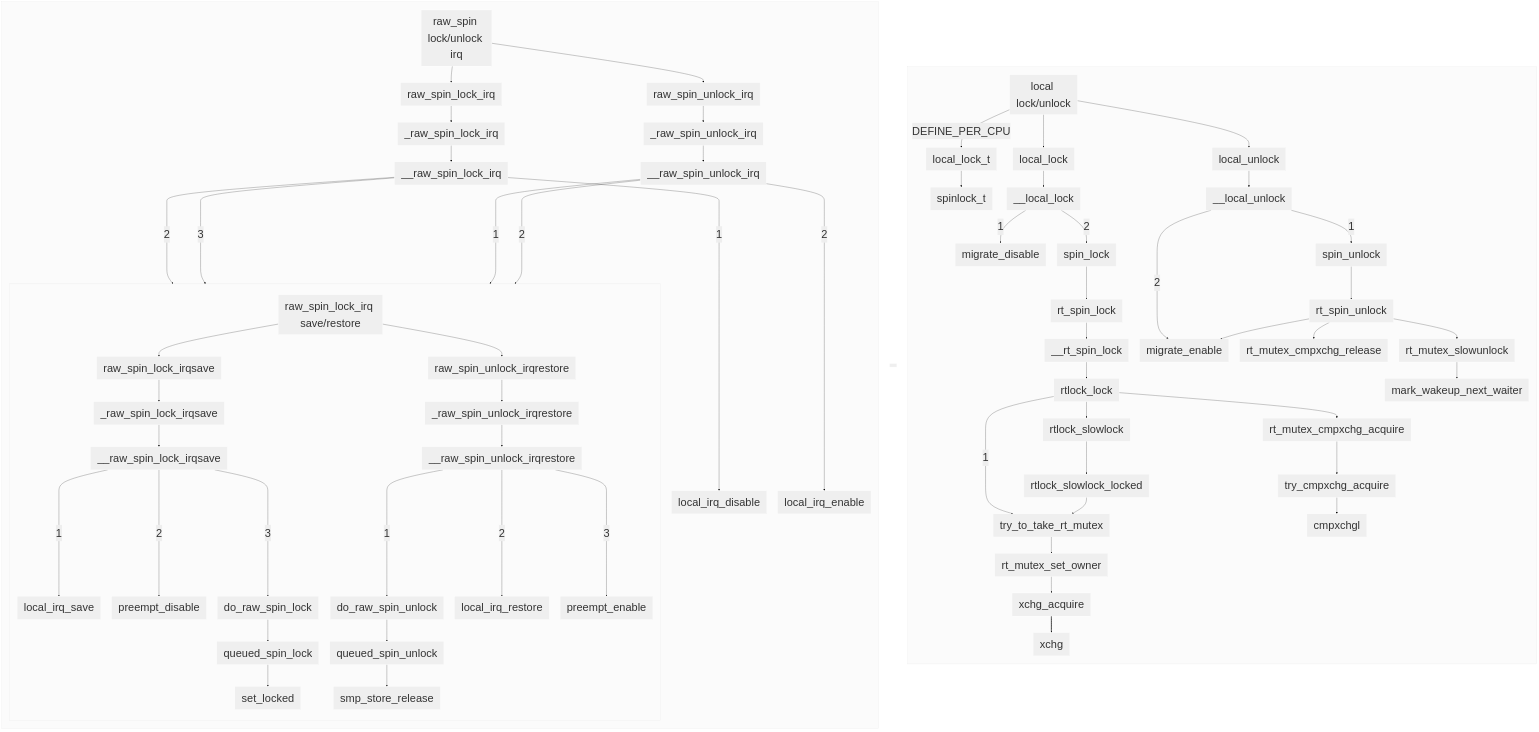
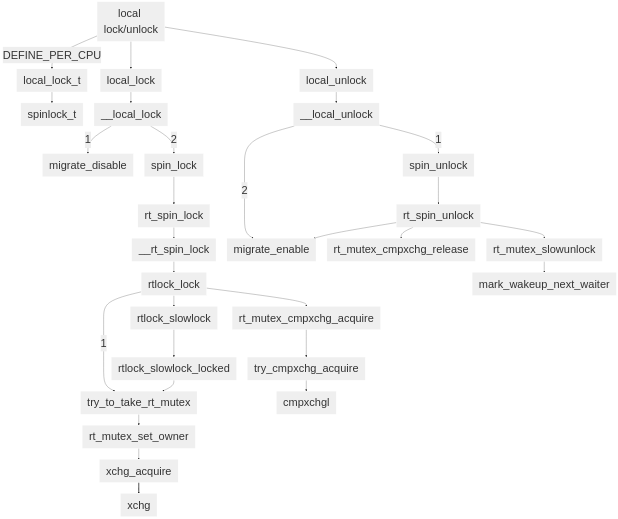
Before and after one commit to makelinux/linux_kernel_map: the first of 2 diagrams in locks.md, drawn with Mermaid. The commit also changed other lines of this file, not shown here.

Commit message:
^locks.md

````diff
--- a/locks.md
+++ b/locks.md
@@ -1,84 +1,35 @@
 ```mermaid
-
 %%{
 	init: {
 		'theme': 'base',
 		'themeVariables': {
         'primaryColor': '#eeee',
         'primaryBorderColor': '#ffff',
 			'fontSize':'50px'
 		}
 	}
 }%%
 graph TB
-subgraph " "
-direction TB
 local["local lock/unlock"]
 local -->|DEFINE_PER_CPU| local_lock_t
 local --> local_lock & local_unlock
 local_lock_t --> spinlock_t
 
 local_lock --> __local_lock -->|1| migrate_disable
 __local_lock -->|2| spin_lock --> rt_spin_lock --> __rt_spin_lock
 -->rtlock_lock
 -->|1| try_to_take_rt_mutex
 
 rtlock_lock --> rt_mutex_cmpxchg_acquire --> try_cmpxchg_acquire --> cmpxchgl
 rtlock_lock --> rtlock_slowlock--> rtlock_slowlock_locked
 
 rtlock_slowlock_locked -->try_to_take_rt_mutex
 -->rt_mutex_set_owner -->xchg_acquire==>xchg
 
 local_unlock --> __local_unlock -->|1| spin_unlock
 __local_unlock -->|2| migrate_enable
 spin_unlock --> rt_spin_unlock
 --> migrate_enable & rt_mutex_cmpxchg_release & rt_mutex_slowunlock
 rt_mutex_slowunlock -->mark_wakeup_next_waiter
-end
-
-subgraph " "
-direction TB
-end
-
-subgraph " "
-direction TB
-raw_spin_irq["raw_spin lock/unlock irq"]
-raw_spin_irq --> raw_spin_lock_irq & raw_spin_unlock_irq
-raw_spin_lock_irq -->_raw_spin_lock_irq
--->__raw_spin_lock_irq
-__raw_spin_lock_irq ------>|1| local_irq_disable
-__raw_spin_lock_irq ------>|2| preempt_disable
-__raw_spin_lock_irq ------>|3| do_raw_spin_lock
-
-raw_spin_unlock_irq --> _raw_spin_unlock_irq --> __raw_spin_unlock_irq
-__raw_spin_unlock_irq ------>|1| do_raw_spin_unlock
-__raw_spin_unlock_irq ------>|2| local_irq_enable
-__raw_spin_unlock_irq ------>|2| preempt_enable
-
-subgraph " "
-direction TB
-sr["raw_spin_lock_irq save/restore"]
-sr--> raw_spin_lock_irqsave & raw_spin_unlock_irqrestore
-raw_spin_lock_irqsave --> _raw_spin_lock_irqsave --> __raw_spin_lock_irqsave
-__raw_spin_lock_irqsave ------>|1| local_irq_save
-__raw_spin_lock_irqsave ------>|2| preempt_disable
-__raw_spin_lock_irqsave ------>|3| do_raw_spin_lock
-
-raw_spin_unlock_irqrestore --> _raw_spin_unlock_irqrestore --> __raw_spin_unlock_irqrestore
-__raw_spin_unlock_irqrestore ------>|1| do_raw_spin_unlock
-__raw_spin_unlock_irqrestore ------>|2| local_irq_restore
-__raw_spin_unlock_irqrestore ------>|3| preempt_enable
-
-
-preempt_disable
-preempt_enable
-do_raw_spin_unlock
-do_raw_spin_unlock --> queued_spin_unlock --> smp_store_release
-do_raw_spin_lock --> queued_spin_lock --> set_locked
-
-end
-
-end
-
 
 ```
````
